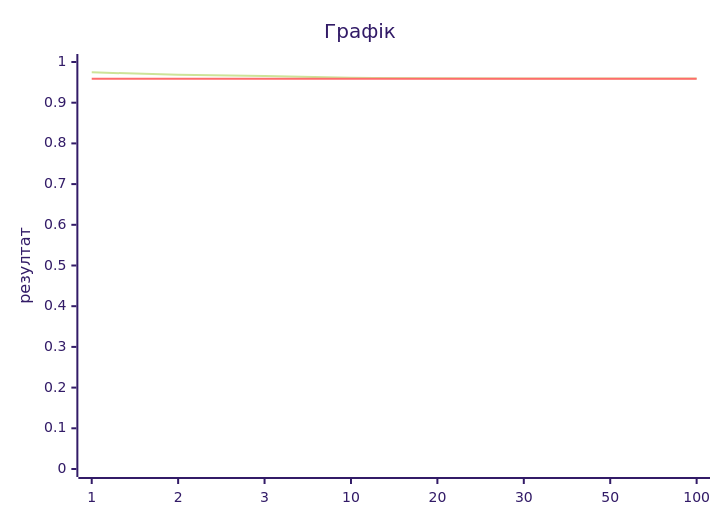
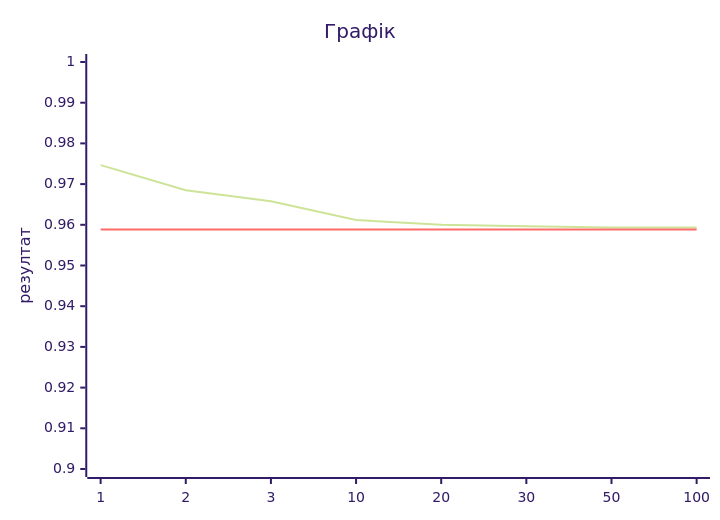
Before and after one commit to tunikhlibio63-art/lab-sda: the second of 2 diagrams in lab2/report.md, drawn with Mermaid (forest theme). The commit also changed other lines of this file, not shown here.

Commit message:
add grphics

````diff
--- a/lab2/report.md
+++ b/lab2/report.md
@@ -148,8 +148,8 @@
 ```mermaid
 xychart-beta
     title "Графік"
     x-axis [1, 2, 3, 10, 20, 30, 50, 100]
-    y-axis "резултат" 0 --> 1
+    y-axis "резултат" 0.9 --> 1
     line [0.9746697,0.9684975,0.9657717,0.9611654,0.9600364,0.9596477,0.9593321,0.9593321]
     line [0.958851077208406,0.958851077208406,0.958851077208406,0.958851077208406,0.958851077208406,0.958851077208406,0.958851077208406,0.958851077208406]
 ```
````
